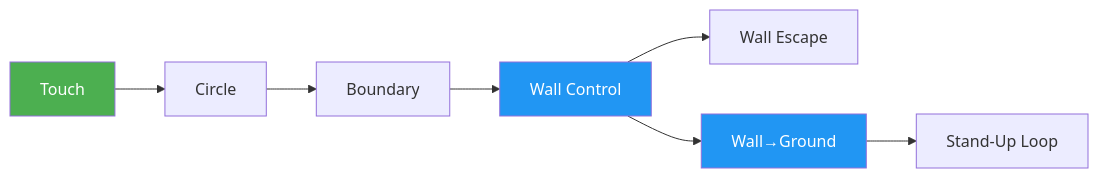
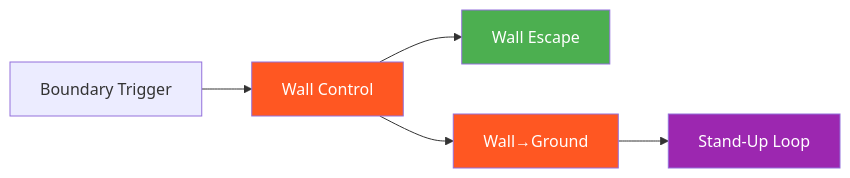
One commit to ACalienes/Ecological-MMA-Game-System changed the fourth of 5 diagrams in docs/system/map.md. Above: the diagram before and after it, drawn with Mermaid. The commit also changed other lines of this file and 26 other files, not shown here.

````diff
--- a/docs/system/map.md
+++ b/docs/system/map.md
@@ -113,10 +169,12 @@
 ```mermaid
 flowchart LR
-    A[Touch] --> B[Circle] --> C[Boundary] --> D[Wall Control]
-    D --> E[Wall Escape]
-    D --> F[Wall→Ground] --> G[Stand-Up Loop]
+    A[Boundary Trigger] --> B[Wall Control]
+    B --> C[Wall Escape]
+    B --> D[Wall→Ground]
+    D --> E[Stand-Up Loop]
 
-    style A fill:#4CAF50,color:#fff
-    style D fill:#2196F3,color:#fff
-    style F fill:#2196F3,color:#fff
+    style B fill:#FF5722,color:#fff
+    style C fill:#4CAF50,color:#fff
+    style D fill:#FF5722,color:#fff
+    style E fill:#9C27B0,color:#fff
 ```
````
